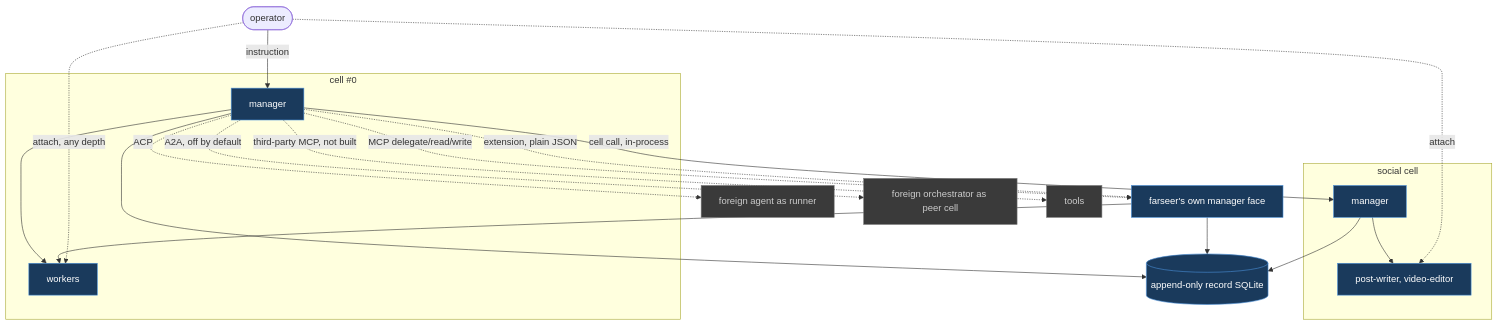
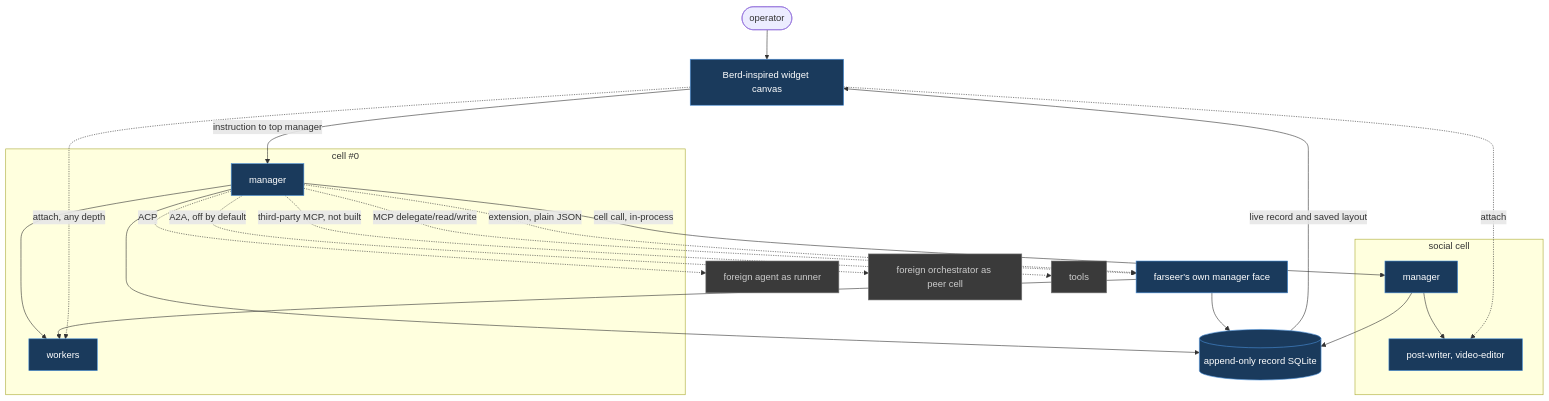
The diagram in README.md (izanorshahril/farseer), drawn with Mermaid before and after one commit. The commit also changed other lines of this file and 57 other files, not shown here.

````diff
--- a/README.md
+++ b/README.md
@@ -25,35 +25,37 @@
 ```mermaid
 graph TD
-  OP([operator]) -->|instruction| M0
+  OP([operator]) --> UI[Berd-inspired widget canvas]
+  UI -->|instruction to top manager| M0
 
   subgraph C0["cell #0"]
     M0[manager]
     W0[workers]
     M0 --> W0
   end
 
   subgraph CS["social cell"]
     MS[manager]
     WS[post-writer, video-editor]
     MS --> WS
   end
 
   M0 -->|cell call, in-process| MS
   M0 -.->|ACP| RUN[foreign agent as runner]
   M0 -.->|A2A, off by default| PEER[foreign orchestrator as peer cell]
   M0 -.->|third-party MCP, not built| TOOL[tools]
   M0 -.->|MCP delegate/read/write| MCPFACE[farseer's own manager face]
   M0 -.->|extension, plain JSON| MCPFACE
   MCPFACE --> W0
   MCPFACE --> REC
 
   M0 --> REC[(append-only record SQLite)]
   MS --> REC
-  OP -.->|attach, any depth| W0
-  OP -.->|attach| WS
+  REC -->|live record and saved layout| UI
+  UI -.->|attach, any depth| W0
+  UI -.->|attach| WS
 
   classDef core fill:#1a3a5c,stroke:#4a90d9,color:#fff
   classDef ext fill:#3a3a3a,stroke:#777,color:#ccc
-  class M0,MS,W0,WS,REC,MCPFACE core
+  class UI,M0,MS,W0,WS,REC,MCPFACE core
   class RUN,PEER,TOOL ext
 ```
````
